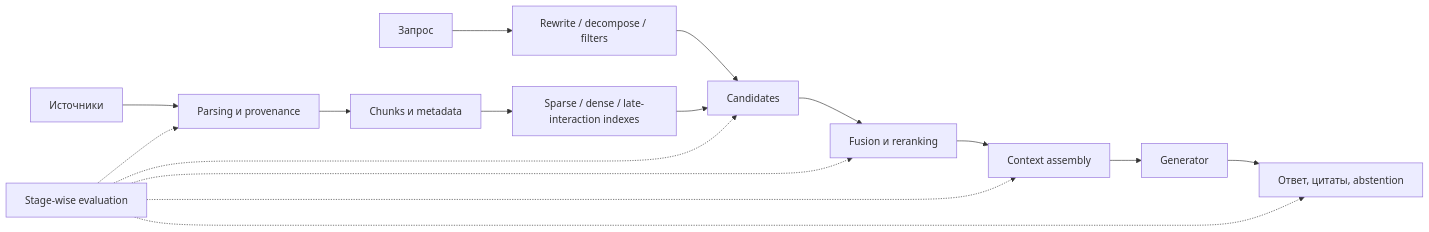
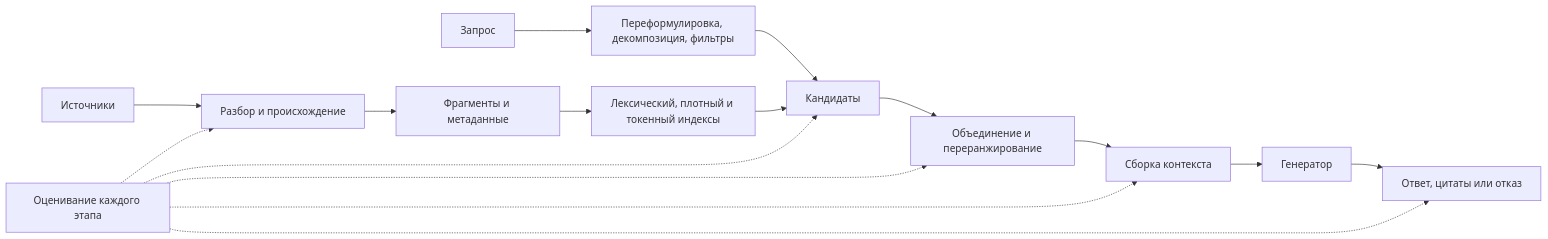
The diagram in 00 Учебник/15 Embeddings, Retrieval и RAG/00 Карта модуля и источники.md (alpotekhin/bookvar), drawn with Mermaid before and after one commit. The commit also changed other lines of this file and 58 other files, not shown here.

````diff
--- a/00 Учебник/15 Embeddings, Retrieval и RAG/00 Карта модуля и источники.md
+++ b/00 Учебник/15 Embeddings, Retrieval и RAG/00 Карта модуля и источники.md
@@ -14,13 +16,13 @@
 ```mermaid
 flowchart LR
-    A["Источники"] --> B["Parsing и provenance"] --> C["Chunks и metadata"]
-    C --> D["Sparse / dense / late-interaction indexes"]
-    Q["Запрос"] --> E["Rewrite / decompose / filters"] --> F["Candidates"]
-    D --> F --> G["Fusion и reranking"] --> H["Context assembly"]
-    H --> I["Generator"] --> J["Ответ, цитаты, abstention"]
-    K["Stage-wise evaluation"] -.-> B
+    A["Источники"] --> B["Разбор и происхождение"] --> C["Фрагменты и метаданные"]
+    C --> D["Лексический, плотный и токенный индексы"]
+    Q["Запрос"] --> E["Переформулировка, декомпозиция, фильтры"] --> F["Кандидаты"]
+    D --> F --> G["Объединение и переранжирование"] --> H["Сборка контекста"]
+    H --> I["Генератор"] --> J["Ответ, цитаты или отказ"]
+    K["Оценивание каждого этапа"] -.-> B
     K -.-> F
     K -.-> G
     K -.-> H
     K -.-> J
 ```
````
